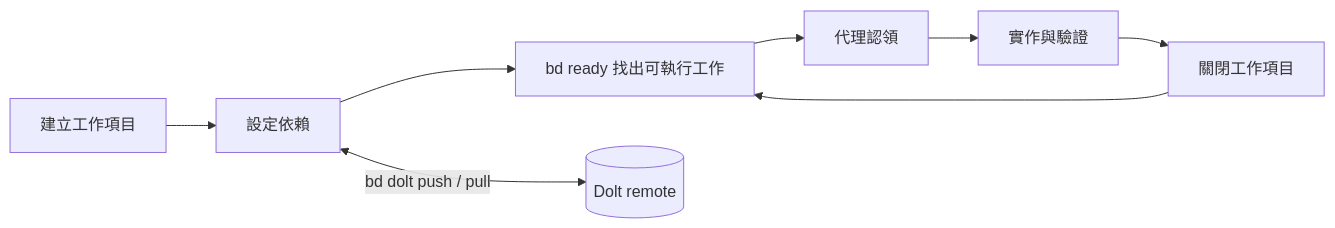
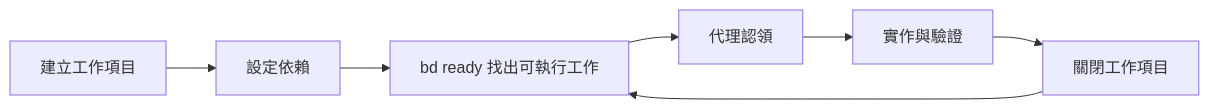
Before and after one commit to ValorVie/custom-skills: the first of 3 diagrams in docs/dev-guide/ai-tools/BEADS-GUIDE.md, drawn with Mermaid. The commit also changed other lines of this file and 2 other files, not shown here.

````diff
--- a/docs/dev-guide/ai-tools/BEADS-GUIDE.md
+++ b/docs/dev-guide/ai-tools/BEADS-GUIDE.md
@@ -21,10 +21,9 @@
 ```mermaid
 flowchart LR
     create[建立工作項目] --> deps[設定依賴]
     deps --> ready[bd ready 找出可執行工作]
     ready --> claim[代理認領]
     claim --> work[實作與驗證]
     work --> close[關閉工作項目]
     close --> ready
-    deps <-->|bd dolt push / pull| remote[(Dolt remote)]
 ```
````
